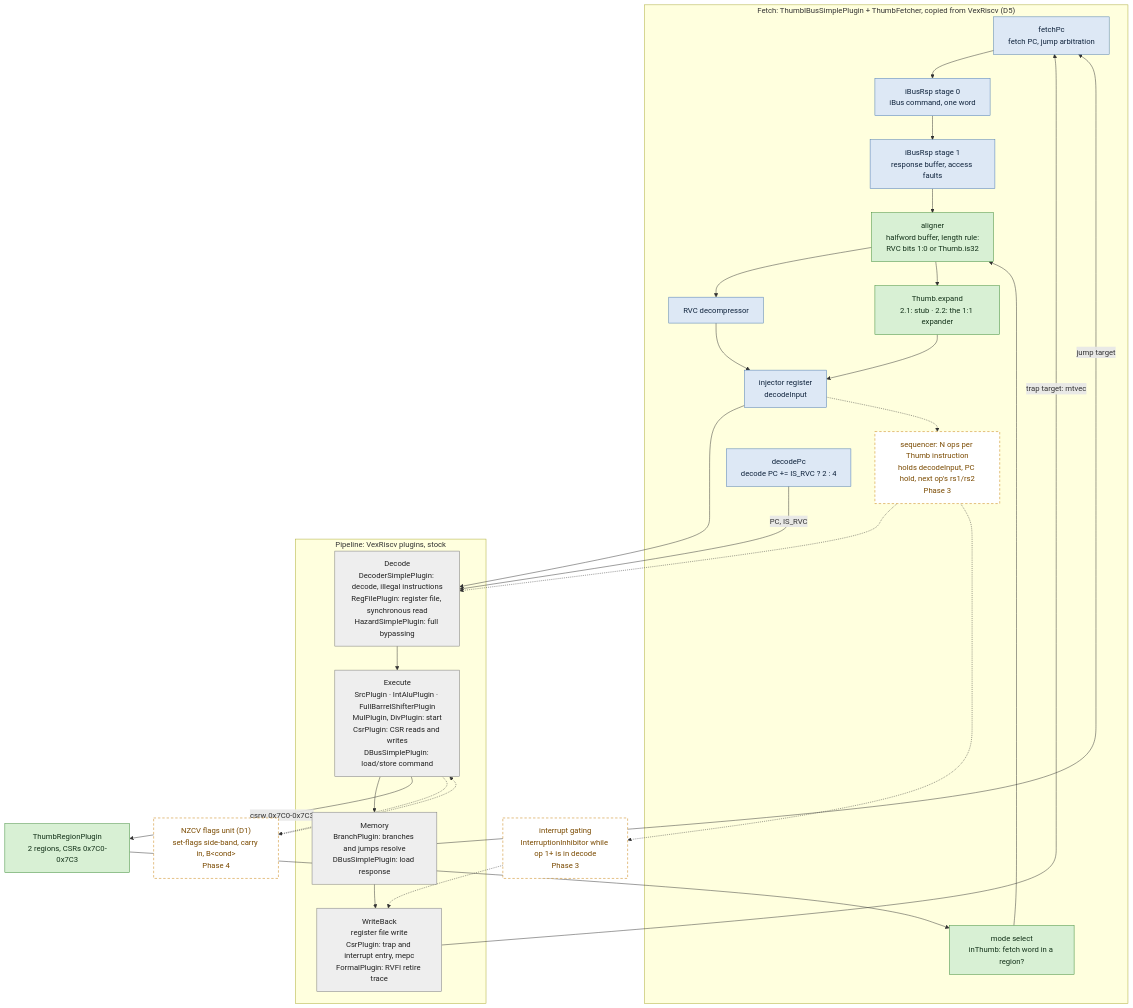
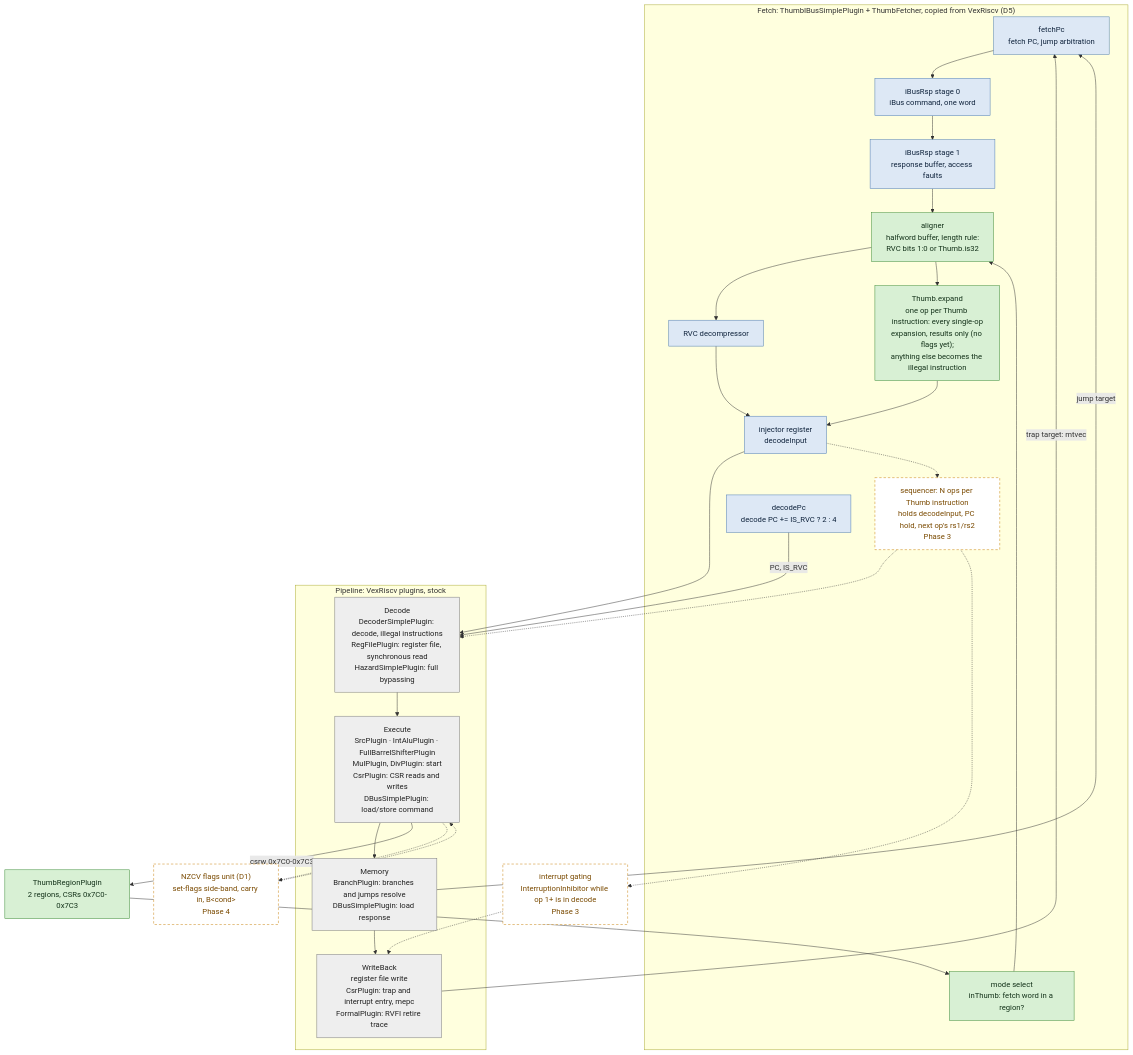
The second of 2 diagrams in docs/architecture.md (oskarvh/thumb-v), drawn with Mermaid before and after one commit. The commit also changed other lines of this file and 16 other files, not shown here.

First line of the commit message:
Expand single-op Thumb instructions in RTL, checked exhaustively (2.2, 2.3)

````diff
--- a/docs/architecture.md
+++ b/docs/architecture.md
@@ -53,52 +53,52 @@
 ```mermaid
 flowchart TB
     classDef stock fill:#eeeeee,stroke:#777777,color:#222222
     classDef copied fill:#dde8f5,stroke:#4a78b0,color:#10243d
     classDef thumbv fill:#d8f0d4,stroke:#3a8a35,color:#14321a
     classDef planned fill:#ffffff,stroke:#c77d00,stroke-dasharray:5 4,color:#7a4a00
 
     subgraph FETCH["Fetch: ThumbIBusSimplePlugin + ThumbFetcher, copied from VexRiscv (D5)"]
         PC["fetchPc<br/>fetch PC, jump arbitration"]:::copied
         CMD["iBusRsp stage 0<br/>iBus command, one word"]:::copied
         RSP["iBusRsp stage 1<br/>response buffer, access faults"]:::copied
         MODE["mode select<br/>inThumb: fetch word in a region?"]:::thumbv
         ALIGN["aligner<br/>halfword buffer, length rule:<br/>RVC bits 1:0 or Thumb.is32"]:::thumbv
         RVCD["RVC decompressor"]:::copied
-        EXP["Thumb.expand<br/>2.1: stub · 2.2: the 1:1 expander"]:::thumbv
+        EXP["Thumb.expand<br/>one op per Thumb instruction: every single-op<br/>expansion, results only (no flags yet);<br/>anything else becomes the illegal instruction"]:::thumbv
         INJ["injector register<br/>decodeInput"]:::copied
         SEQ["sequencer: N ops per Thumb instruction<br/>holds decodeInput, PC hold, next op's rs1/rs2<br/>Phase 3"]:::planned
         DPC["decodePc<br/>decode PC += IS_RVC ? 2 : 4"]:::copied
     end
 
     REGIONS["ThumbRegionPlugin<br/>2 regions, CSRs 0x7C0-0x7C3"]:::thumbv
 
     subgraph PIPE["Pipeline: VexRiscv plugins, stock"]
         DECODE["Decode<br/>DecoderSimplePlugin: decode, illegal instructions<br/>RegFilePlugin: register file, synchronous read<br/>HazardSimplePlugin: full bypassing"]:::stock
         EXEC["Execute<br/>SrcPlugin · IntAluPlugin · FullBarrelShifterPlugin<br/>MulPlugin, DivPlugin: start<br/>CsrPlugin: CSR reads and writes<br/>DBusSimplePlugin: load/store command"]:::stock
         MEMORY["Memory<br/>BranchPlugin: branches and jumps resolve<br/>DBusSimplePlugin: load response"]:::stock
         WB["WriteBack<br/>register file write<br/>CsrPlugin: trap and interrupt entry, mepc<br/>FormalPlugin: RVFI retire trace"]:::stock
     end
 
     NZCV["NZCV flags unit (D1)<br/>set-flags side-band, carry in, B#lt;cond#gt;<br/>Phase 4"]:::planned
     GATE["interrupt gating<br/>InterruptionInhibitor while op 1+ is in decode<br/>Phase 3"]:::planned
 
     PC --> CMD --> RSP --> ALIGN
     MODE --> ALIGN
     ALIGN --> RVCD
     ALIGN --> EXP
     RVCD --> INJ
     EXP --> INJ
     INJ --> DECODE
     INJ -.-> SEQ
     SEQ -.-> DECODE
     DPC -- "PC, IS_RVC" --> DECODE
     REGIONS --> MODE
     DECODE --> EXEC --> MEMORY --> WB
     EXEC -- "csrw 0x7C0-0x7C3" --> REGIONS
     MEMORY -- "jump target" --> PC
     WB -- "trap target: mtvec" --> PC
     SEQ -.-> GATE
     GATE -.-> WB
     EXEC -.-> NZCV
     NZCV -.-> EXEC
 ```
````
